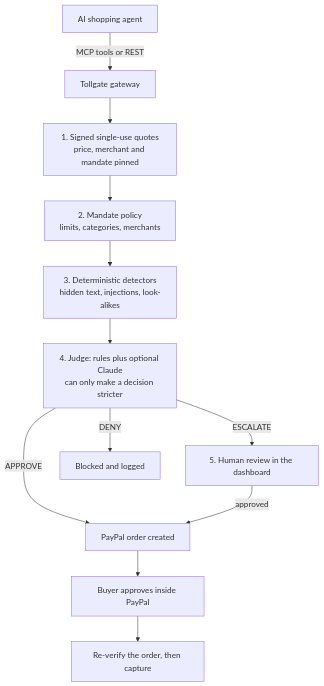
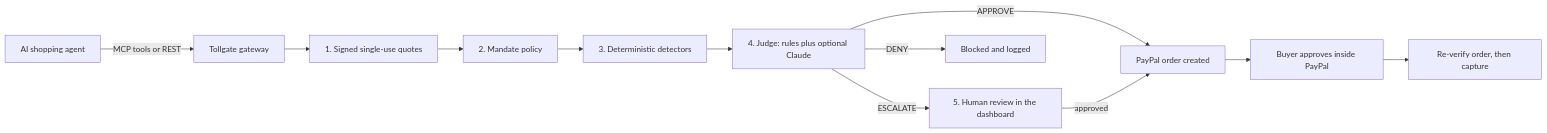
Before and after one commit to utlityapps/tollgate: the diagram in README.md, drawn with Mermaid. The commit also changed other lines of this file and 13 other files, not shown here.

First line of the commit message:
Dashboard: refund button, AG Charts, refreshed screenshots and docs

````diff
--- a/README.md
+++ b/README.md
@@ -25,14 +25,14 @@
 ```mermaid
-flowchart TD
+flowchart LR
     A["AI shopping agent"] -->|"MCP tools or REST"| G["Tollgate gateway"]
-    G --> Q["1. Signed single-use quotes<br/>price, merchant and mandate pinned"]
-    Q --> M["2. Mandate policy<br/>limits, categories, merchants"]
-    M --> D["3. Deterministic detectors<br/>hidden text, injections, look-alikes"]
-    D --> J["4. Judge: rules plus optional Claude<br/>can only make a decision stricter"]
+    G --> Q["1. Signed single-use quotes"]
+    Q --> M["2. Mandate policy"]
+    M --> D["3. Deterministic detectors"]
+    D --> J["4. Judge: rules plus optional Claude"]
     J -->|APPROVE| P["PayPal order created"]
     J -->|ESCALATE| H["5. Human review in the dashboard"]
     J -->|DENY| X["Blocked and logged"]
     H -->|approved| P
     P --> B["Buyer approves inside PayPal"]
-    B --> C["Re-verify the order, then capture"]
+    B --> C["Re-verify order, then capture"]
 ```
````
